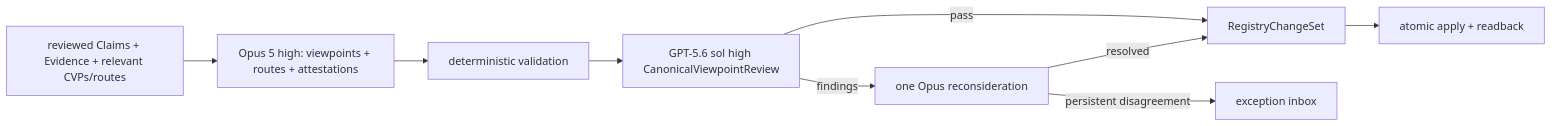
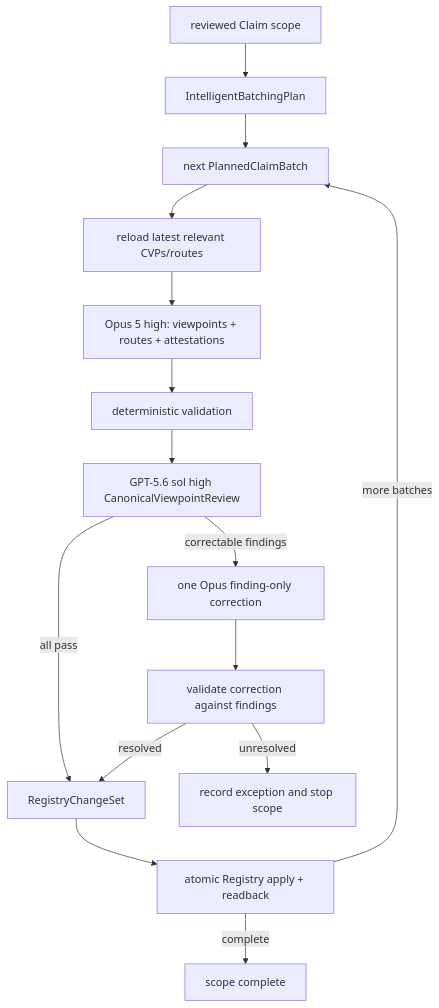
One commit to junyang168/smart-answer changed the first of 7 diagrams in docs/wang-knowledge-platform/canonical_viewpoint_registry_design_v1.md. Above: the diagram before and after it, drawn with Mermaid. The commit also changed other lines of this file, not shown here.

Commit message:
docs(wang): define intelligent batching transactions

````diff
--- a/docs/wang-knowledge-platform/canonical_viewpoint_registry_design_v1.md
+++ b/docs/wang-knowledge-platform/canonical_viewpoint_registry_design_v1.md
@@ -79,11 +80,17 @@
 ```mermaid
-flowchart LR
-    B["reviewed Claims + Evidence + relevant CVPs/routes"] --> P["Opus 5 high: viewpoints + routes + attestations"]
+flowchart TD
+    S["reviewed Claim scope"] --> B["IntelligentBatchingPlan"]
+    B --> N["next PlannedClaimBatch"]
+    N --> L["reload latest relevant CVPs/routes"]
+    L --> P["Opus 5 high: viewpoints + routes + attestations"]
     P --> D["deterministic validation"]
     D --> R["GPT-5.6 sol high CanonicalViewpointReview"]
-    R -->|"pass"| C["RegistryChangeSet"]
-    R -->|"findings"| O["one Opus reconsideration"]
-    O -->|"resolved"| C
-    O -->|"persistent disagreement"| X["exception inbox"]
-    C --> A["atomic apply + readback"]
+    R -->|"all pass"| C["RegistryChangeSet"]
+    R -->|"correctable findings"| O["one Opus finding-only correction"]
+    O --> V["validate correction against findings"]
+    V -->|"resolved"| C
+    V -->|"unresolved"| X["record exception and stop scope"]
+    C --> A["atomic Registry apply + readback"]
+    A -->|"more batches"| N
+    A -->|"complete"| Z["scope complete"]
 ```
````
